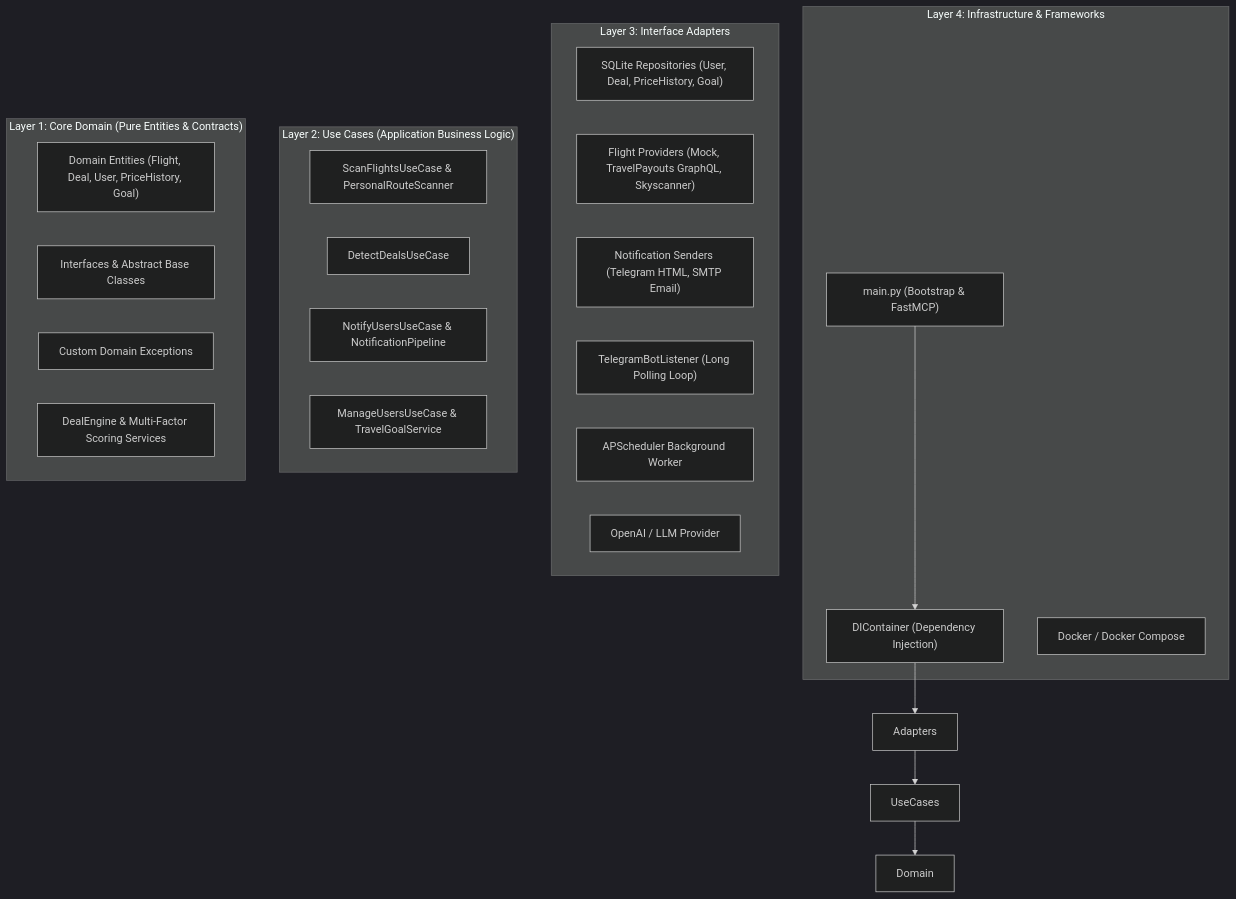
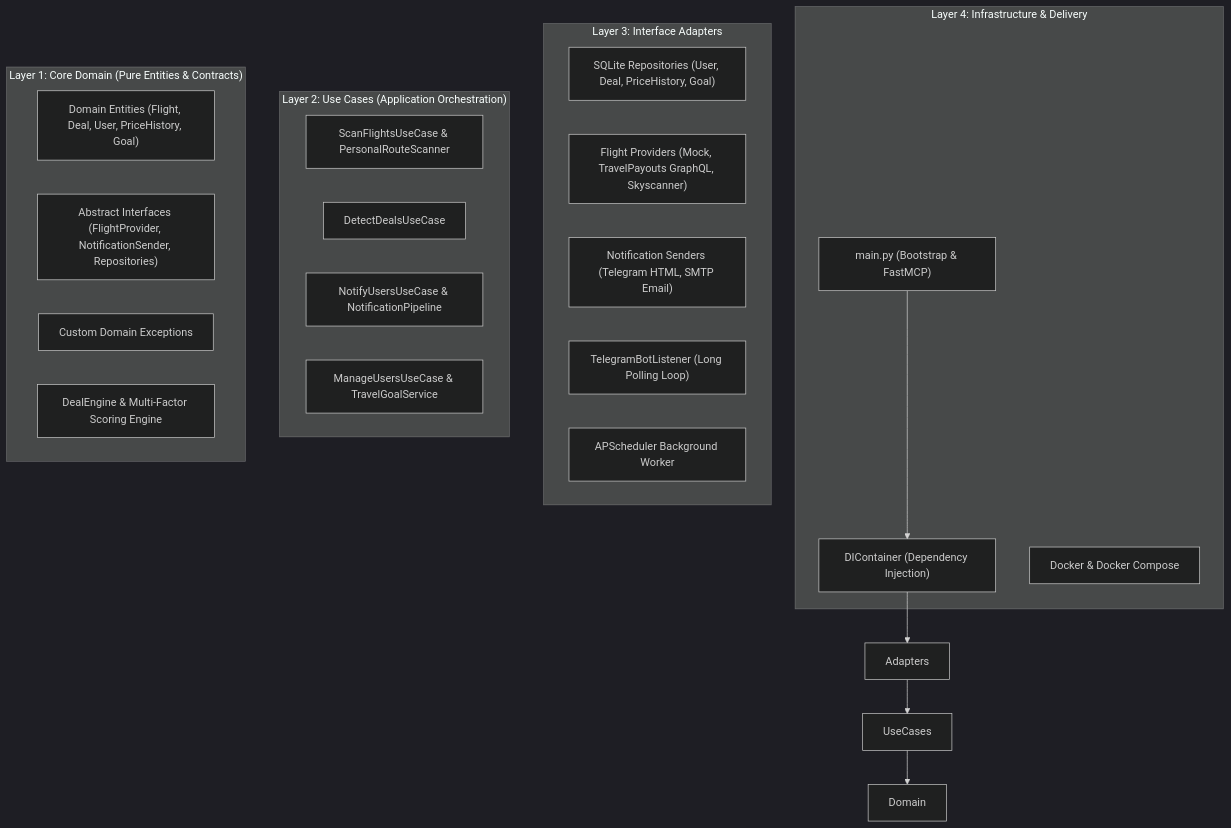
Before and after one commit to gpriyanshu/skydeal-ai: the first of 2 diagrams in README.md, drawn with Mermaid (dark theme). The commit also changed other lines of this file, not shown here.

Commit message:
docs: finalize production-grade README with mathematical formulas, sequence diagram, tech rationale, and FastMCP spec

````diff
--- a/README.md
+++ b/README.md
@@ -70,36 +72,35 @@
 ```mermaid
 graph TD
-    subgraph Layer4 ["Layer 4: Infrastructure & Frameworks"]
+    subgraph Layer4 ["Layer 4: Infrastructure & Delivery"]
         Main["main.py (Bootstrap & FastMCP)"]
         DI["DIContainer (Dependency Injection)"]
-        Docker["Docker / Docker Compose"]
+        Docker["Docker & Docker Compose"]
     end
 
     subgraph Layer3 ["Layer 3: Interface Adapters"]
         DBAdapter["SQLite Repositories (User, Deal, PriceHistory, Goal)"]
         ProviderAdapter["Flight Providers (Mock, TravelPayouts GraphQL, Skyscanner)"]
         NotifAdapter["Notification Senders (Telegram HTML, SMTP Email)"]
         BotListener["TelegramBotListener (Long Polling Loop)"]
         SchedulerAdapter["APScheduler Background Worker"]
-        AIAdapter["OpenAI / LLM Provider"]
     end
 
-    subgraph Layer2 ["Layer 2: Use Cases (Application Business Logic)"]
+    subgraph Layer2 ["Layer 2: Use Cases (Application Orchestration)"]
         ScanFlights["ScanFlightsUseCase & PersonalRouteScanner"]
         DetectDeals["DetectDealsUseCase"]
         NotifyUsers["NotifyUsersUseCase & NotificationPipeline"]
         ManageUsers["ManageUsersUseCase & TravelGoalService"]
     end
 
     subgraph Layer1 ["Layer 1: Core Domain (Pure Entities & Contracts)"]
         Entities["Domain Entities (Flight, Deal, User, PriceHistory, Goal)"]
-        Interfaces["Interfaces & Abstract Base Classes"]
+        Interfaces["Abstract Interfaces (FlightProvider, NotificationSender, Repositories)"]
         Exceptions["Custom Domain Exceptions"]
-        DealEngine["DealEngine & Multi-Factor Scoring Services"]
+        DealEngine["DealEngine & Multi-Factor Scoring Engine"]
     end
 
     Main --> DI
     DI --> Adapters
     Adapters --> UseCases
     UseCases --> Domain
 ```
````
